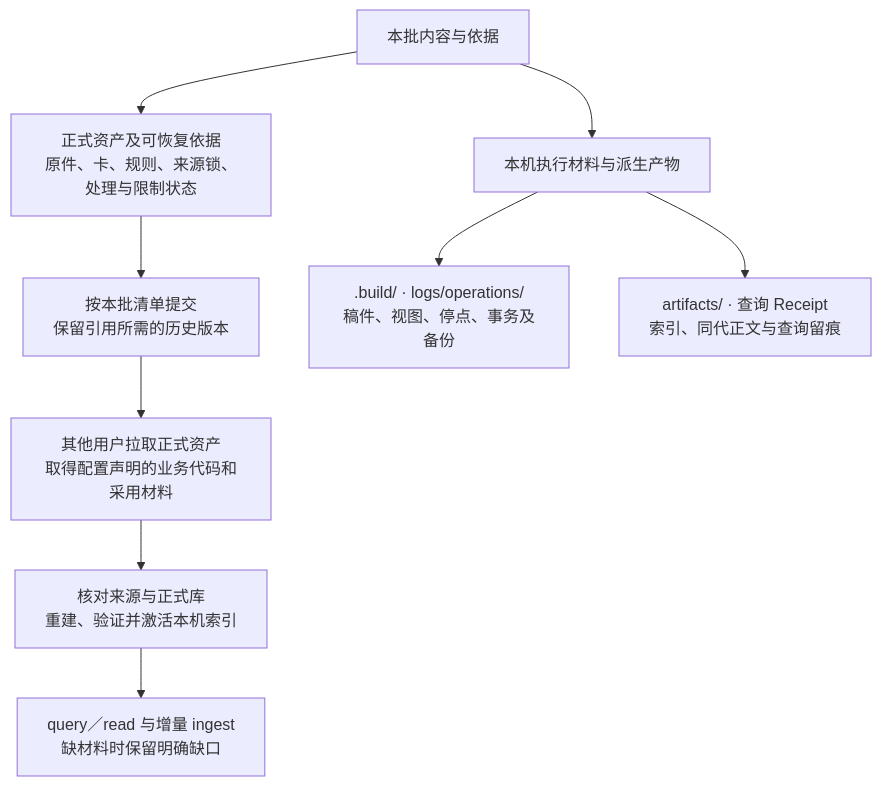
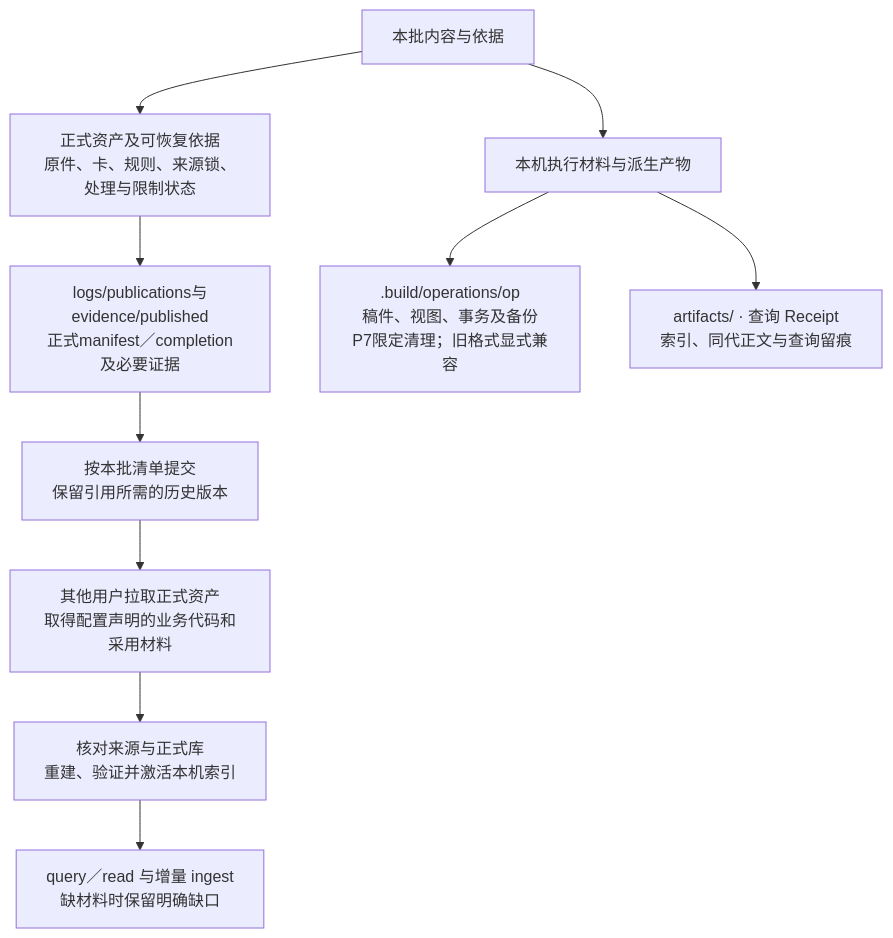
Diagram 27 of 27 in himate-knowledge-wifi-mp/docs-llm-wiki/知识库详细设计.md (Robin-hhc/FactumCore), drawn with Mermaid before and after one commit. The commit also changed other lines of this file and 11 other files, not shown here.

````diff
--- a/himate-knowledge-wifi-mp/docs-llm-wiki/知识库详细设计.md
+++ b/himate-knowledge-wifi-mp/docs-llm-wiki/知识库详细设计.md
@@ -1008,11 +1022,12 @@
 ```mermaid
 flowchart TD
     OUTPUT["本批内容与依据"] --> SHARED["正式资产及可恢复依据<br/>原件、卡、规则、来源锁、处理与限制状态"]
-    SHARED --> LIST["按本批清单提交<br/>保留引用所需的历史版本"]
+    SHARED --> EVIDENCE["logs/publications与evidence/published<br/>正式manifest／completion及必要证据"]
+    EVIDENCE --> LIST["按本批清单提交<br/>保留引用所需的历史版本"]
     OUTPUT --> LOCAL["本机执行材料与派生产物"]
-    LOCAL --> BUILD[".build/ · logs/operations/<br/>稿件、视图、停点、事务及备份"]
+    LOCAL --> BUILD[".build/operations/op<br/>稿件、视图、事务及备份<br/>P7限定清理；旧格式显式兼容"]
     LOCAL --> INDEX["artifacts/ · 查询 Receipt<br/>索引、同代正文与查询留痕"]
     LIST --> CLONE["其他用户拉取正式资产<br/>取得配置声明的业务代码和采用材料"]
     CLONE --> CHECK["核对来源与正式库<br/>重建、验证并激活本机索引"]
     CHECK --> USE["query／read 与增量 ingest<br/>缺材料时保留明确缺口"]
 ```
````
